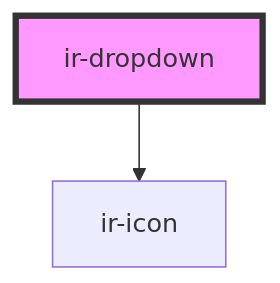
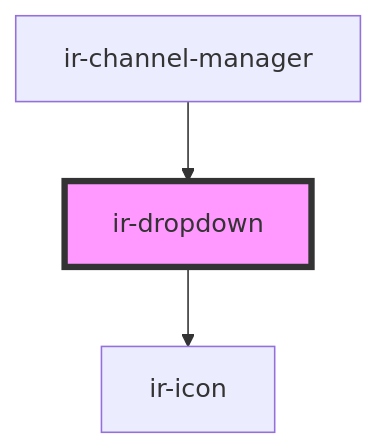
Before and after one commit to freddynasr/ir-webcmp: the diagram in src/components/ir-dropdown/readme.md, drawn with Mermaid. The commit also changed other lines of this file and 6 other files, not shown here.

Commit message:
adding ir-channel-manager

````diff
--- a/src/components/ir-dropdown/readme.md
+++ b/src/components/ir-dropdown/readme.md
@@ -29,5 +33,6 @@
 ```mermaid
 graph TD;
   ir-dropdown --> ir-icon
+  ir-channel-manager --> ir-dropdown
   style ir-dropdown fill:#f9f,stroke:#333,stroke-width:4px
 ```
````
